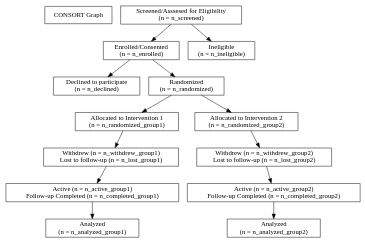
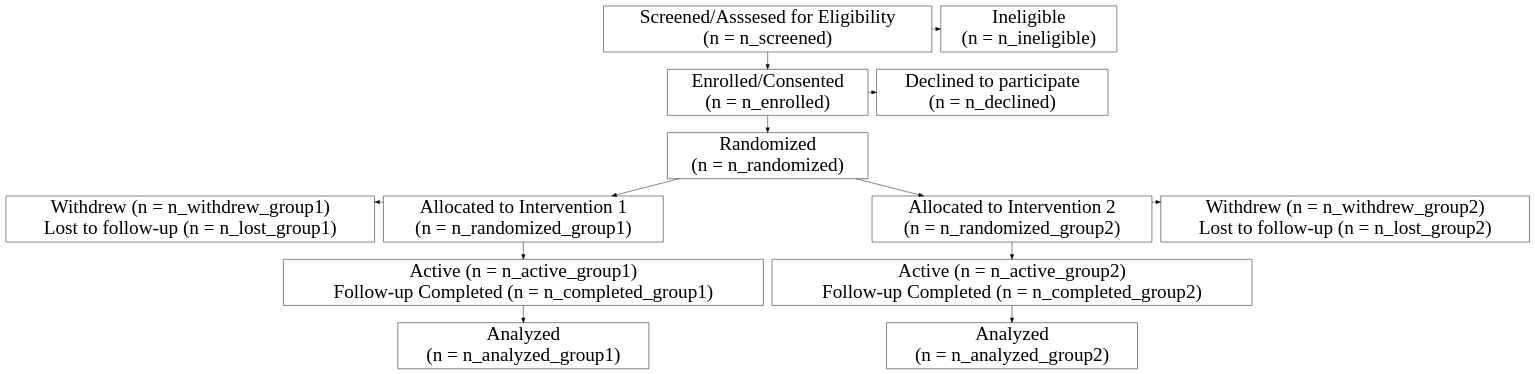
Before and after one commit to Scott-Coggeshall/hsRd: the diagram in inst/dot/consort.dot, drawn with Graphviz. The commit also changed other lines of this file, not shown here.

Commit message:
modify CONSORT DOT for better arrangement

```diff
--- a/inst/dot/consort.dot
+++ b/inst/dot/consort.dot
@@ -1,22 +1,41 @@
 digraph g {
 
-start [shape = box, label = "CONSORT Graph"];
-node0 [shape = box, label = "Screened/Asssesed for Eligibility\n(n = n_screened)"];
-node1 [shape = box, label = "Enrolled/Consented\n(n = n_enrolled)"];
-node2 [shape = box, label = "Ineligible\n(n = n_ineligible)"];
-node3 [shape = box, label = "Declined to participate\n(n = n_declined)"];
-node4 [shape = box, label = "Randomized\n(n = n_randomized)"];
-node5 [shape = box, label = "Allocated to Intervention 1\n(n = n_randomized_group1)"];
-node6 [shape = box, label = "Allocated to Intervention 2\n(n = n_randomized_group2)"];
-node7 [shape = box, label = "Withdrew (n = n_withdrew_group1)\nLost to follow-up (n = n_lost_group1)"];
-node8 [shape = box, label = "Withdrew (n = n_withdrew_group2)\nLost to follow-up (n = n_lost_group2)"];
-node9 [shape = box, label = "Active (n = n_active_group1)\nFollow-up Completed (n = n_completed_group1)"];
-node10 [shape = box, label = "Active (n = n_active_group2)\nFollow-up Completed (n = n_completed_group2)"];
-node11 [shape = box, label = "Analyzed\n(n = n_analyzed_group1)"];
-node12 [shape = box, label = "Analyzed\n(n = n_analyzed_group2)"];
+node0 [shape = box, label = "Screened/Asssesed for Eligibility\n(n = n_screened)", group = main, fontsize = 40];
+node1 [shape = box, label = "Enrolled/Consented\n(n = n_enrolled)", group = main, rank = min, fontsize = 40];
+node2 [shape = box, label = "Ineligible\n(n = n_ineligible)", fontsize = 40];
+node3 [shape = box, label = "Declined to participate\n(n = n_declined)", fontsize = 40];
+node4 [shape = box, label = "Randomized\n(n = n_randomized)", group = main, fontsize = 40];
+node7 [shape = box, label = "Withdrew (n = n_withdrew_group1)\nLost to follow-up (n = n_lost_group1)", fontsize = 40];
+node5 [shape = box, label = "Allocated to Intervention 1\n(n = n_randomized_group1)", group = group1, fontsize = 40];
+node6 [shape = box, label = "Allocated to Intervention 2\n(n = n_randomized_group2)", group = group2, fontsize = 40];
+node8 [shape = box, label = "Withdrew (n = n_withdrew_group2)\nLost to follow-up (n = n_lost_group2)", fontsize =40];
+node9 [shape = box, label = "Active (n = n_active_group1)\nFollow-up Completed (n = n_completed_group1)", group = group1, fontsize = 40];
+node10 [shape = box, label = "Active (n = n_active_group2)\nFollow-up Completed (n = n_completed_group2)", group = group2, fontsize = 40];
+node11 [shape = box, label = "Analyzed\n(n = n_analyzed_group1)", group = group1, fontsize = 40];
+node12 [shape = box, label = "Analyzed\n(n = n_analyzed_group2)", group = group2, fontsize = 40];
+{rank = same
+  node0 node2
+};
+
+{
+  rank = same;
+  node1 node3
+};
+
+{
+  rank = same;
+  edge[style = invis, penwidth = 0];
+  node7 node5 node6 node8;
+  node7 -> node5 -> node6 -> node8;
+  rankdir = LR;
+};
+
 node0 -> node1 -> node4;
 node0 -> node2;
 node1 -> node3;
-node4 -> node5 -> node7 -> node9 -> node11;
-node4 -> node6 -> node8 -> node10 -> node12;
+node4 -> node5  -> node9 -> node11;
+
+node7 -> node5 [dir = back];
+node4 -> node6 -> node10 -> node12;
+node6 -> node8;
 }
```
